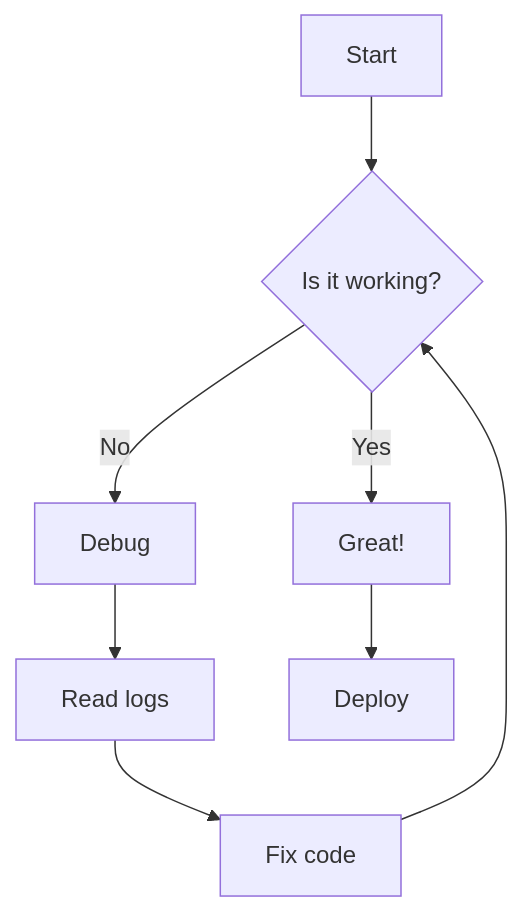
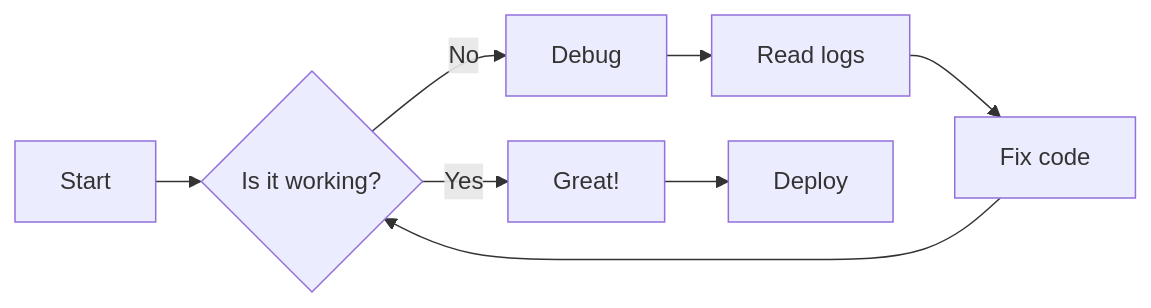
The diagram in documentation/manuals/stx_manual_advanced/static/diagrams/flowchart.mmd (nicolasguelfi/streamtex), drawn with Mermaid before and after one commit. The commit also changed 20 other files, not shown here.

First line of the commit message:
Enhance StreamTeX documentation and functionality for zoom and diagram rendering

```diff
--- a/documentation/manuals/stx_manual_advanced/static/diagrams/flowchart.mmd
+++ b/documentation/manuals/stx_manual_advanced/static/diagrams/flowchart.mmd
@@ -1,8 +1,9 @@
-graph TD
+%%{init: {'flowchart': {'rankSpacing': 30, 'nodeSpacing': 30}}}%%
+graph LR
     A[Start] --> B{Is it working?}
     B -->|Yes| C[Great!]
     B -->|No| D[Debug]
     D --> E[Read logs]
     E --> F[Fix code]
     F --> B
     C --> G[Deploy]
```
